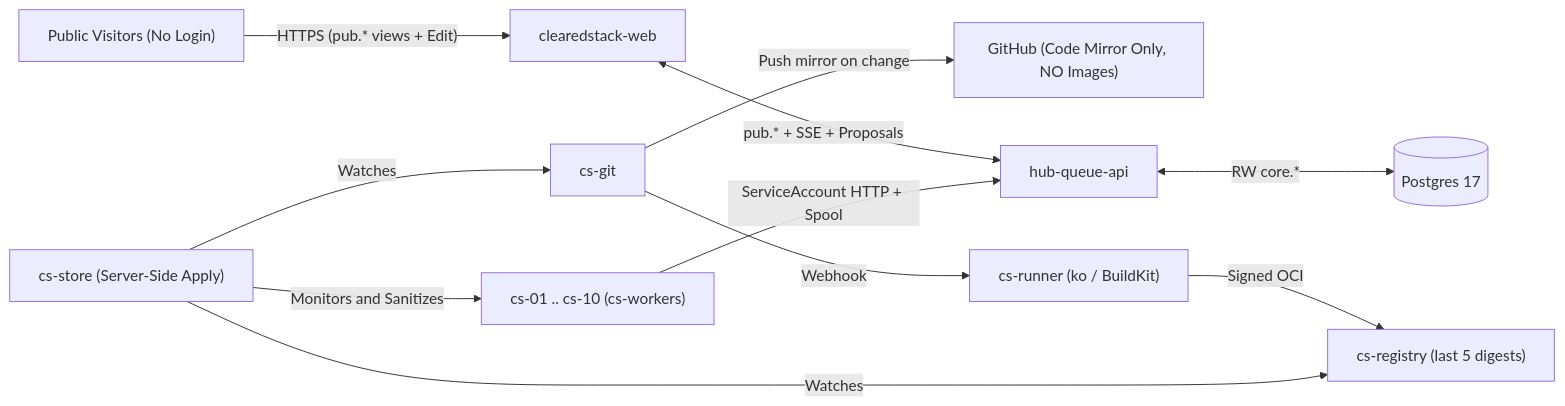
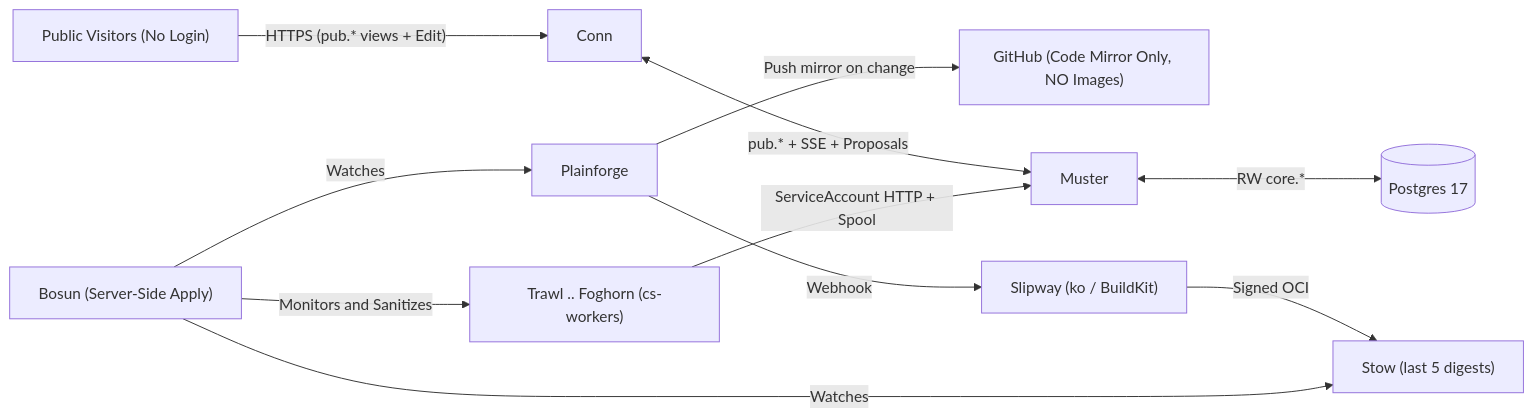
Before and after one commit to ClearedStack/clearedstack.com: the diagram in README.md, drawn with Mermaid. The commit also changed other lines of this file and 71 other files, not shown here.

````diff
--- a/README.md
+++ b/README.md
@@ -99,13 +118,13 @@
 ```mermaid
 flowchart LR
-  PUB["Public Visitors (No Login)"] -->|"HTTPS (pub.* views + Edit)"| WEB["clearedstack-web"]
-  GIT["cs-git"] -->|"Push mirror on change"| GH["GitHub (Code Mirror Only, NO Images)"]
-  WEB <-->|"pub.* + SSE + Proposals"| QAPI["hub-queue-api"]
+  PUB["Public Visitors (No Login)"] -->|"HTTPS (pub.* views + Edit)"| WEB["Conn"]
+  GIT["Plainforge"] -->|"Push mirror on change"| GH["GitHub (Code Mirror Only, NO Images)"]
+  WEB <-->|"pub.* + SSE + Proposals"| QAPI["Muster"]
   QAPI <-->|"RW core.*"| DB[("Postgres 17")]
-  GIT -->|"Webhook"| RUN["cs-runner (ko / BuildKit)"]
-  RUN -->|"Signed OCI"| REG["cs-registry (last 5 digests)"]
-  STORE["cs-store (Server-Side Apply)"] -->|"Watches"| GIT
+  GIT -->|"Webhook"| RUN["Slipway (ko / BuildKit)"]
+  RUN -->|"Signed OCI"| REG["Stow (last 5 digests)"]
+  STORE["Bosun (Server-Side Apply)"] -->|"Watches"| GIT
   STORE -->|"Watches"| REG
-  STORE -->|"Monitors and Sanitizes"| W["cs-01 .. cs-10 (cs-workers)"]
+  STORE -->|"Monitors and Sanitizes"| W["Trawl .. Foghorn (cs-workers)"]
   W -->|"ServiceAccount HTTP + Spool"| QAPI
 ```
````
